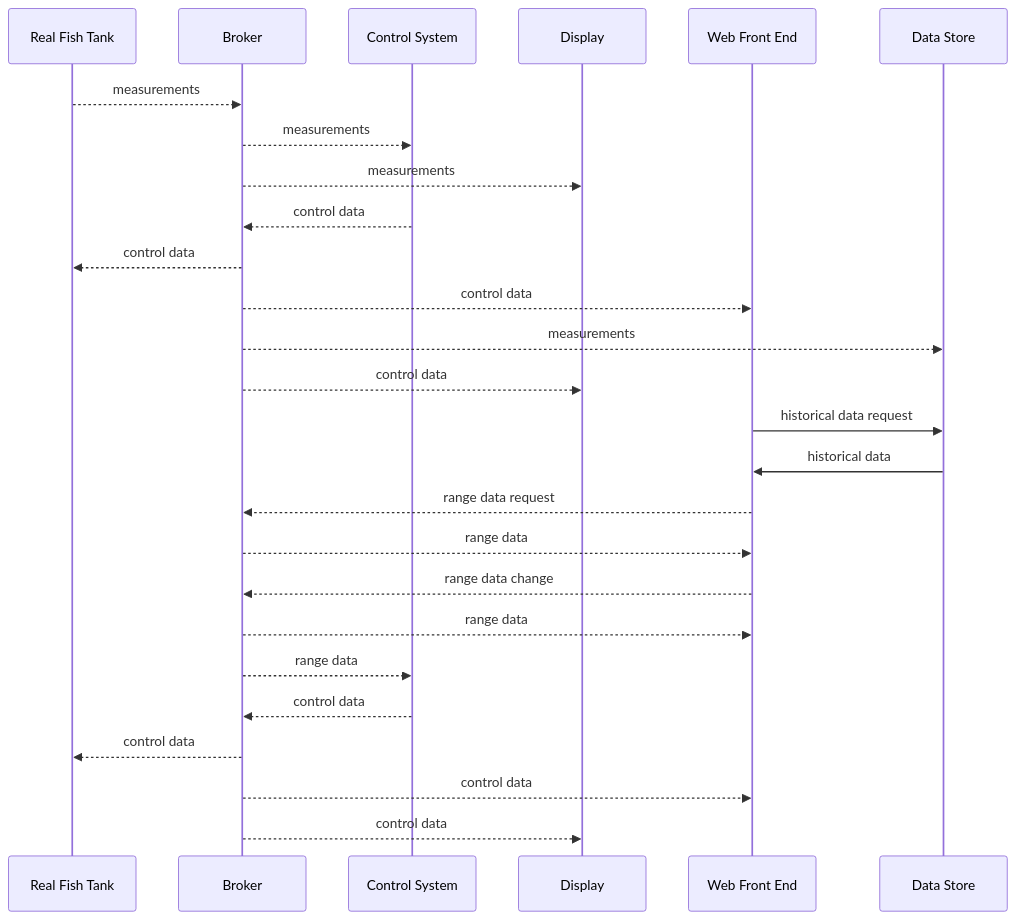
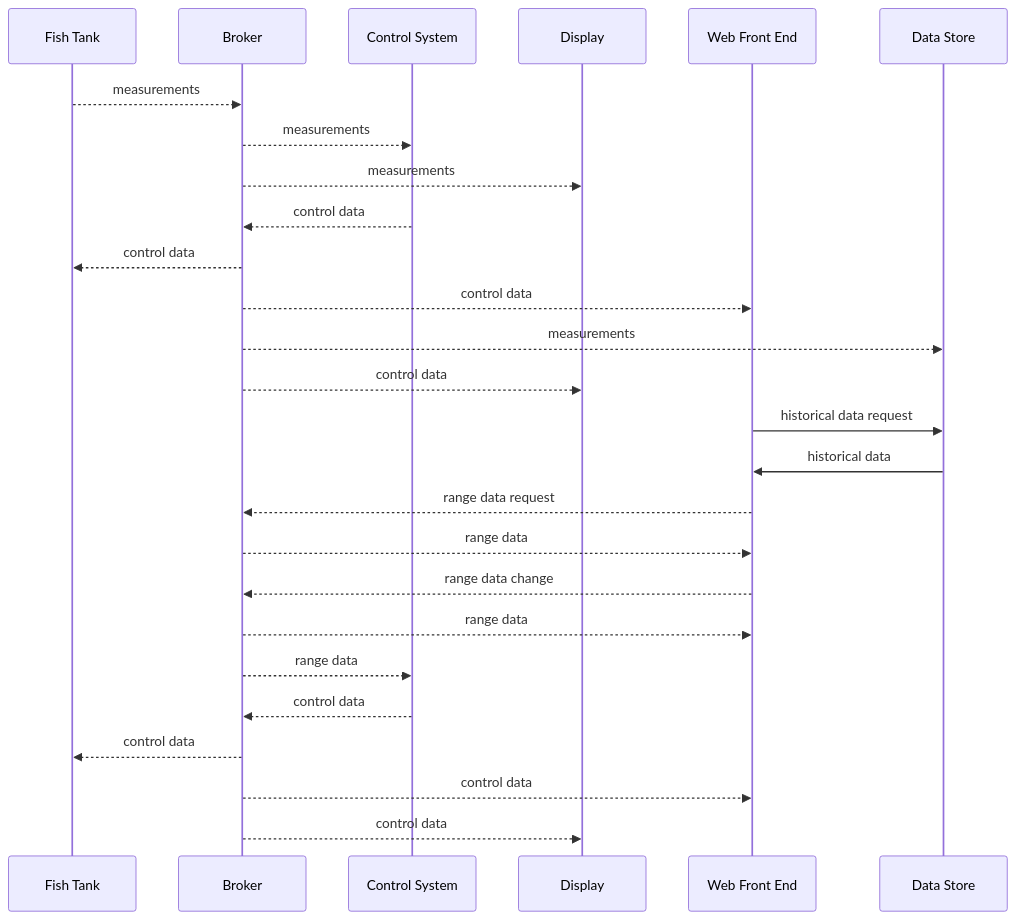
The first of 2 diagrams in Projects - Demo Project/Ideas around MQTT.md (mr-eggleton/obsidian-notes), drawn with Mermaid before and after one commit. The commit also changed other lines of this file, not shown here.

````diff
--- a/Projects - Demo Project/Ideas around MQTT.md
+++ b/Projects - Demo Project/Ideas around MQTT.md
@@ -3,22 +29,22 @@
 ```mermaid
 sequenceDiagram
-Real Fish Tank -->> Broker: measurements
+Fish Tank -->> Broker: measurements
 Broker-->>Control System : measurements
 Broker-->>Display : measurements
 Control System-->>Broker : control data
-Broker-->>Real Fish Tank: control data
+Broker-->>Fish Tank: control data
 Broker-->>Web Front End: control data
 Broker-->>Data Store: measurements
 Broker-->>Display: control data
 Web Front End->>Data Store: historical data request
 Data Store->>Web Front End: historical data
 Web Front End-->>Broker: range data request
 Broker-->>Web Front End: range data
 Web Front End-->>Broker: range data change
 Broker-->>Web Front End: range data
 Broker-->>Control System : range data
 Control System-->>Broker : control data
-Broker-->>Real Fish Tank: control data
+Broker-->>Fish Tank: control data
 Broker-->>Web Front End: control data
 Broker-->>Display: control data
 ```
````
